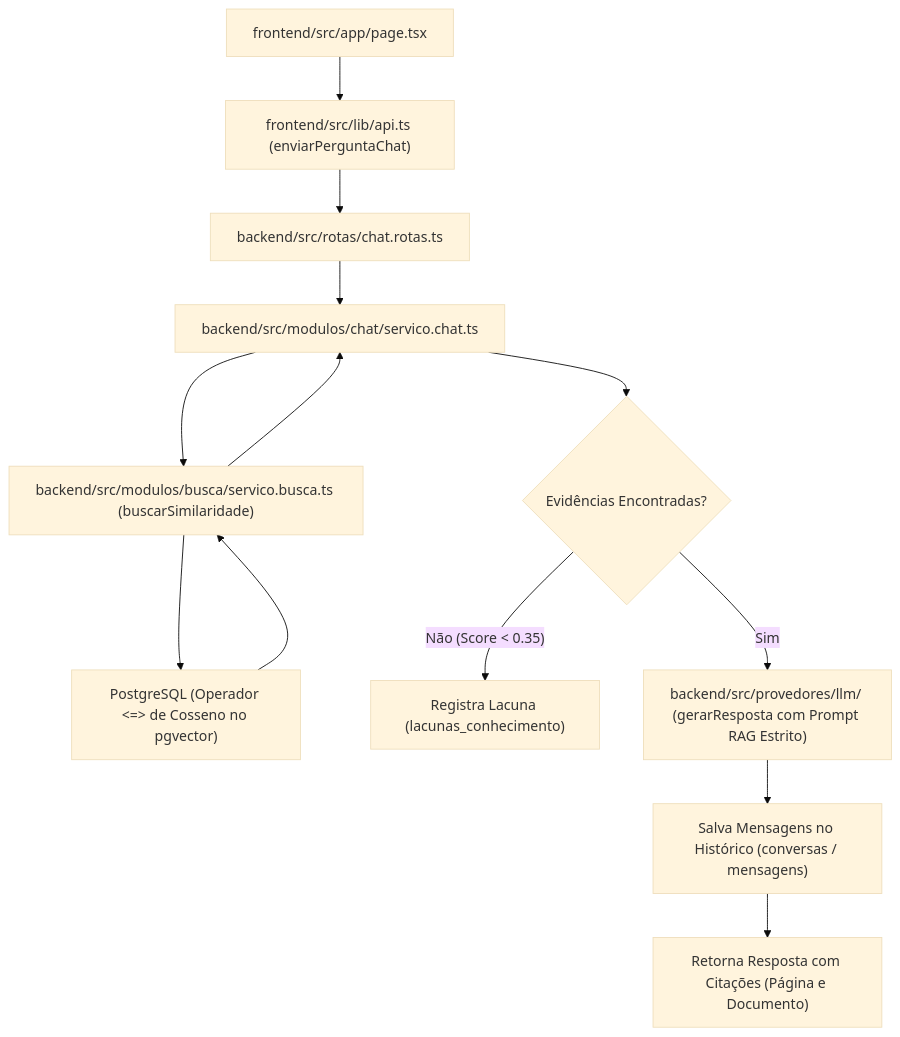
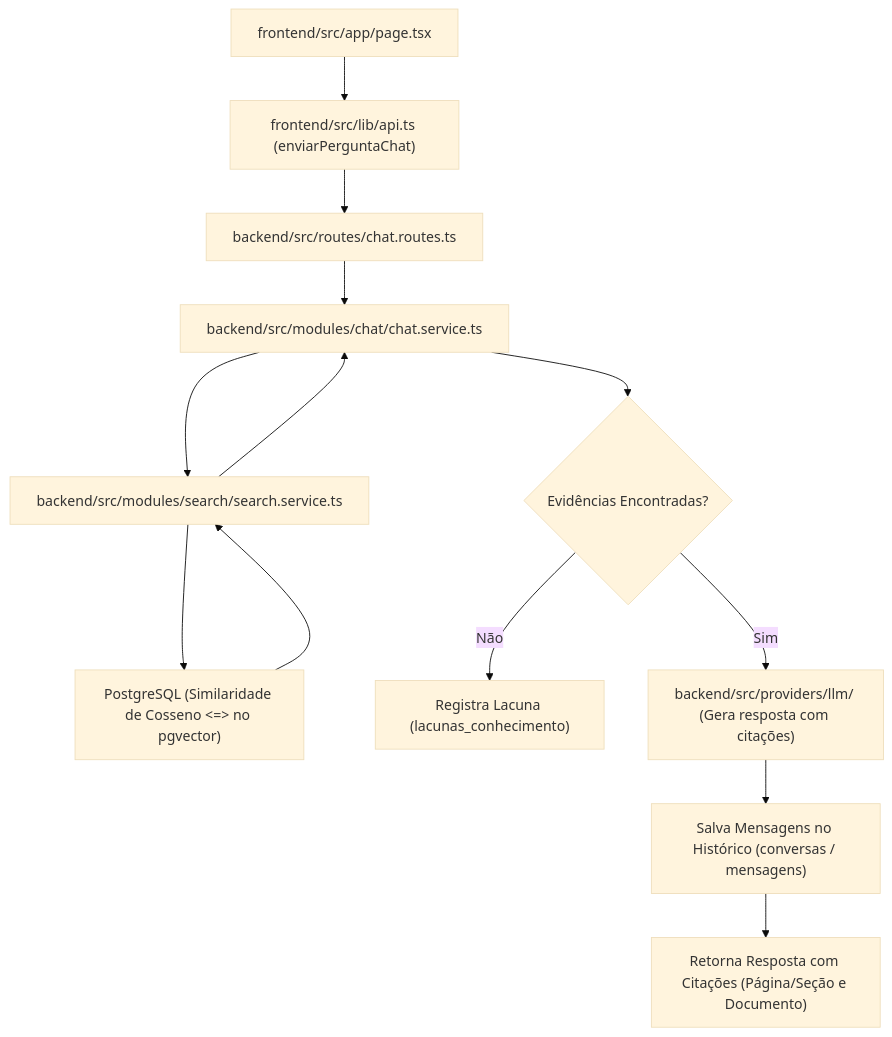
The third of 4 diagrams in docs/MAPA_DE_EXECUCAO.md (MatheusRafaDev/doc-mind), drawn with Mermaid (base theme) before and after one commit. The commit also changed other lines of this file and 65 other files, not shown here.

Commit message:
refactor: padroniza nomes de arquivos e pastas para o padrao internacional em ingles (config, database, modules, routes, providers, utils, components, types)

````diff
--- a/docs/MAPA_DE_EXECUCAO.md
+++ b/docs/MAPA_DE_EXECUCAO.md
@@ -106,15 +92,15 @@
 ```mermaid
 flowchart TD
     UI["frontend/src/app/page.tsx"] --> API["frontend/src/lib/api.ts (enviarPerguntaChat)"]
-    API --> ROTA["backend/src/rotas/chat.rotas.ts"]
-    ROTA --> SERV_CHAT["backend/src/modulos/chat/servico.chat.ts"]
-    SERV_CHAT --> SERV_BUSCA["backend/src/modulos/busca/servico.busca.ts (buscarSimilaridade)"]
-    SERV_BUSCA --> PGVECTOR["PostgreSQL (Operador <=> de Cosseno no pgvector)"]
+    API --> ROTA["backend/src/routes/chat.routes.ts"]
+    ROTA --> SERV_CHAT["backend/src/modules/chat/chat.service.ts"]
+    SERV_CHAT --> SERV_BUSCA["backend/src/modules/search/search.service.ts"]
+    SERV_BUSCA --> PGVECTOR["PostgreSQL (Similaridade de Cosseno <=> no pgvector)"]
     PGVECTOR --> SERV_BUSCA
     SERV_BUSCA --> SERV_CHAT
     SERV_CHAT --> DECISAO{"Evidências Encontradas?"}
-    DECISAO -- "Não (Score < 0.35)" --> LACUNA["Registra Lacuna (lacunas_conhecimento)"]
-    DECISAO -- "Sim" --> PROVEDOR_LLM["backend/src/provedores/llm/ (gerarResposta com Prompt RAG Estrito)"]
+    DECISAO -- "Não" --> LACUNA["Registra Lacuna (lacunas_conhecimento)"]
+    DECISAO -- "Sim" --> PROVEDOR_LLM["backend/src/providers/llm/ (Gera resposta com citações)"]
     PROVEDOR_LLM --> HISTORICO["Salva Mensagens no Histórico (conversas / mensagens)"]
-    HISTORICO --> RESPOSTA["Retorna Resposta com Citações (Página e Documento)"]
+    HISTORICO --> RESPOSTA["Retorna Resposta com Citações (Página/Seção e Documento)"]
 ```
````
